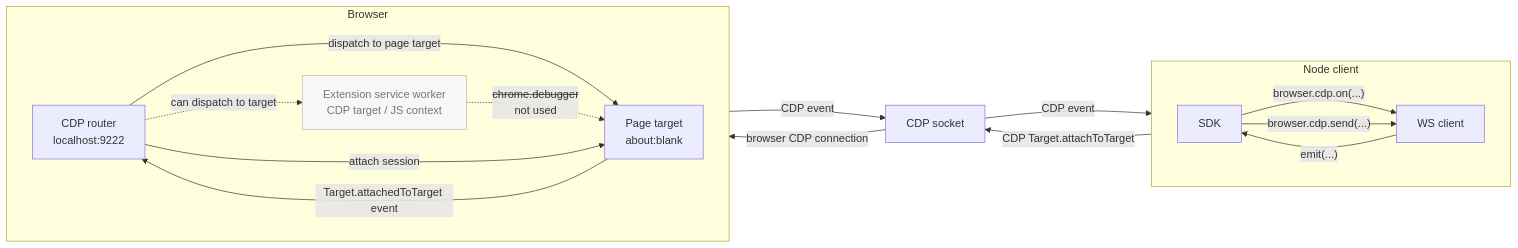
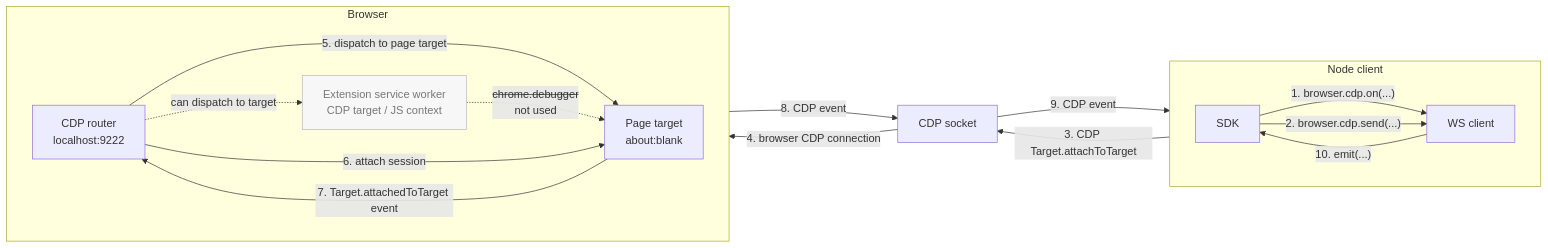
The second of 4 diagrams in README.md (pirate/chrome-cdp-extension-bridge), drawn with Mermaid before and after one commit. The commit also changed other lines of this file, not shown here.

Commit message:
Number diagram flow labels

````diff
--- a/README.md
+++ b/README.md
@@ -73,33 +73,33 @@
 ```mermaid
 flowchart LR
   subgraph Node["Node client"]
     direction LR
     SDK["SDK"]
     WS["WS client"]
-    SDK -->|"browser.cdp.on(...)"| WS
-    SDK -->|"browser.cdp.send(...)"| WS
+    SDK -->|"1. browser.cdp.on(...)"| WS
+    SDK -->|"2. browser.cdp.send(...)"| WS
   end
 
   subgraph Browser["Browser"]
     direction LR
     CDP["CDP router<br/>localhost:9222"]
     SW["Extension service worker<br/>CDP target / JS context"]
     Page["Page target<br/>about:blank"]
     CDP -. "can dispatch to target" .-> SW
-    CDP -->|"dispatch to page target"| Page
+    CDP -->|"5. dispatch to page target"| Page
     SW -. "<s>chrome.debugger</s><br/>not used" .-> Page
   end
 
   Socket["CDP socket"]
 
-  WS -->|"CDP Target.attachToTarget"| Socket
-  Socket -->|"browser CDP connection"| CDP
-  CDP -->|"attach session"| Page
-  Page -->|"Target.attachedToTarget event"| CDP
-  CDP -->|"CDP event"| Socket
-  Socket -->|"CDP event"| WS
-  WS -->|"emit(...)"| SDK
+  WS -->|"3. CDP Target.attachToTarget"| Socket
+  Socket -->|"4. browser CDP connection"| CDP
+  CDP -->|"6. attach session"| Page
+  Page -->|"7. Target.attachedToTarget event"| CDP
+  CDP -->|"8. CDP event"| Socket
+  Socket -->|"9. CDP event"| WS
+  WS -->|"10. emit(...)"| SDK
 
   classDef idle fill:#f7f7f7,stroke:#bbb,color:#777;
   class SW idle;
 ```
````
